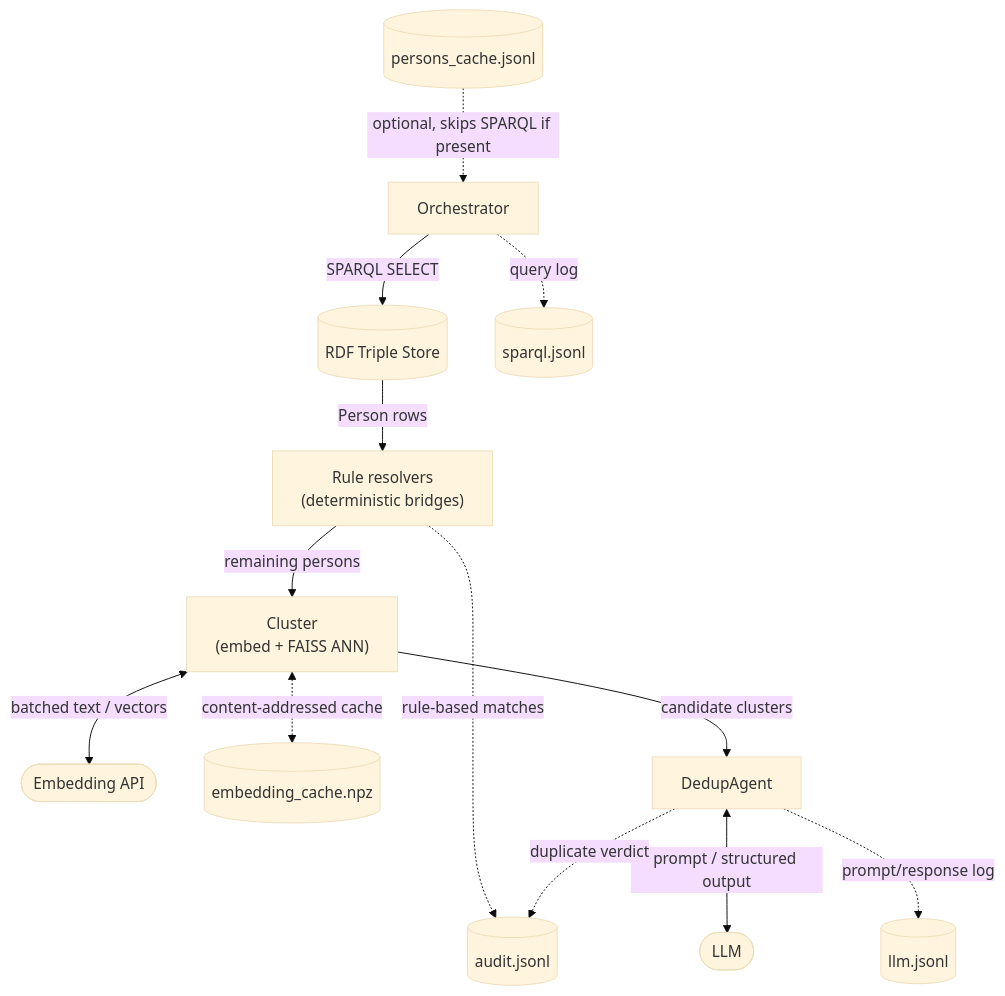
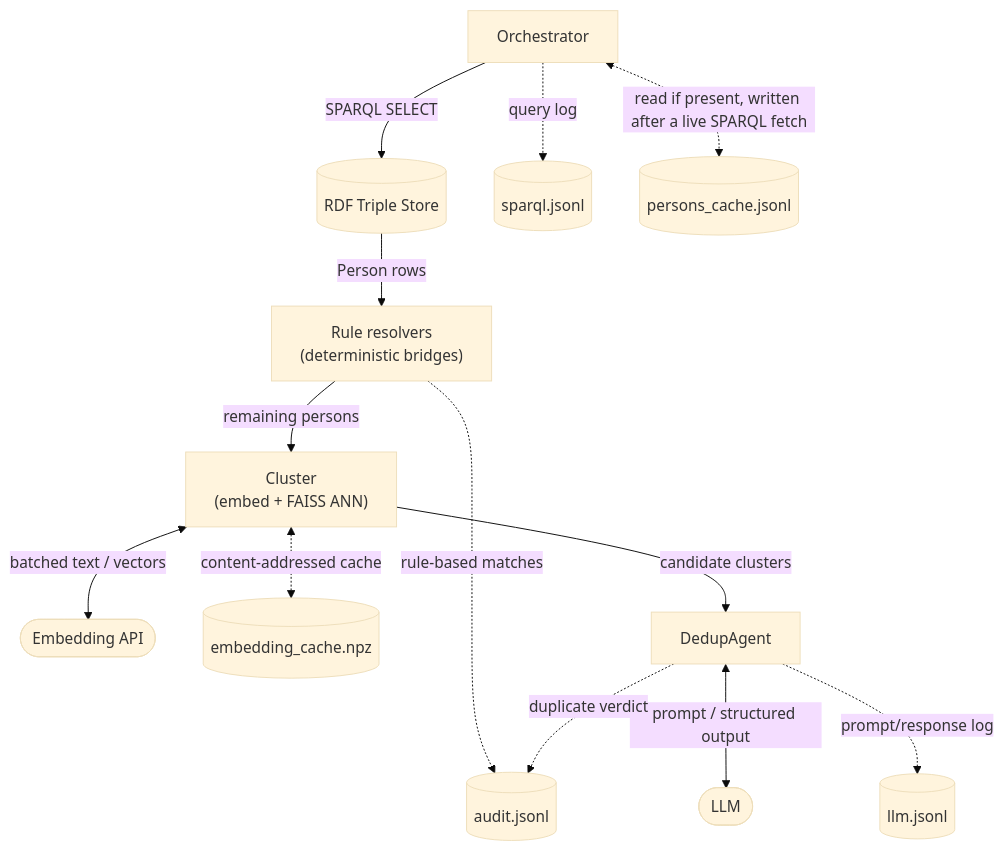
The diagram in README.md (lsgier/kgent), drawn with Mermaid (base theme) before and after one commit. The commit also changed 2 other files, not shown here.

Commit message:
Write persons cache from the run itself; drop now-redundant standalone dump script

````diff
--- a/README.md
+++ b/README.md
@@ -3,15 +3,15 @@
 ```mermaid
 flowchart TD
     Orchestrator -->|SPARQL SELECT| TS[(RDF Triple Store)]
     Orchestrator -.->|query log| SPARQLLog[(sparql.jsonl)]
-    PersonsCache[(persons_cache.jsonl)] -.->|optional, skips SPARQL if present| Orchestrator
+    Orchestrator <-.->|read if present, written after a live SPARQL fetch| PersonsCache[(persons_cache.jsonl)]
     TS -->|Person rows| Rules["Rule resolvers\n(deterministic bridges)"]
     Rules -.->|rule-based matches| AuditLog[(audit.jsonl)]
     Rules -->|remaining persons| Cluster["Cluster\n(embed + FAISS ANN)"]
     Cluster <-->|batched text / vectors| EMB([Embedding API])
     Cluster <-.->|content-addressed cache| EmbeddingCache[(embedding_cache.npz)]
     Cluster -->|candidate clusters| DedupAgent
     DedupAgent <-->|prompt / structured output| LLM([LLM])
     DedupAgent -.->|prompt/response log| LLMLog[(llm.jsonl)]
     DedupAgent -.->|duplicate verdict| AuditLog
 ```
````
